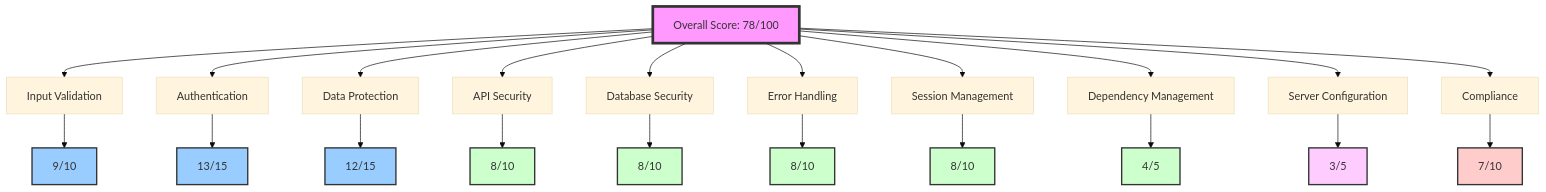
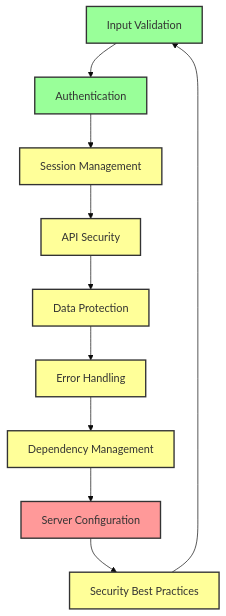
One commit to danbiocchi/oxidizedoasis-websands changed the fifth of 7 diagrams in docs/Security_Audit.md. Above: the diagram before and after it, drawn with Mermaid (base theme). The commit also changed other lines of this file, not shown here.

````diff
--- a/docs/Security_Audit.md
+++ b/docs/Security_Audit.md
@@ -121,36 +400,22 @@
 ```mermaid
 graph TD
-    A[Overall Score: 78/100] --> B[Input Validation]
-    A --> C[Authentication]
-    A --> D[Data Protection]
-    A --> E[API Security]
-    A --> F[Database Security]
-    A --> G[Error Handling]
-    A --> H[Session Management]
-    A --> I[Dependency Management]
-    A --> J[Server Configuration]
-    A --> K[Compliance]
+    A[Input Validation] --> B[Authentication]
+    B --> C[Session Management]
+    C --> D[API Security]
+    D --> E[Data Protection]
+    E --> F[Error Handling]
+    F --> G[Dependency Management]
+    G --> H[Server Configuration]
+    H --> I[Security Best Practices]
+    I --> A
     
-    B --> B1[9/10]
-    C --> C1[13/15]
-    D --> D1[12/15]
-    E --> E1[8/10]
-    F --> F1[8/10]
-    G --> G1[8/10]
-    H --> H1[8/10]
-    I --> I1[4/5]
-    J --> J1[3/5]
-    K --> K1[7/10]
-
-    style A fill:#f9f,stroke:#333,stroke-width:4px
-    style B1 fill:#9cf,stroke:#333,stroke-width:2px
-    style C1 fill:#9cf,stroke:#333,stroke-width:2px
-    style D1 fill:#9cf,stroke:#333,stroke-width:2px
-    style E1 fill:#cfc,stroke:#333,stroke-width:2px
-    style F1 fill:#cfc,stroke:#333,stroke-width:2px
-    style G1 fill:#cfc,stroke:#333,stroke-width:2px
-    style H1 fill:#cfc,stroke:#333,stroke-width:2px
-    style I1 fill:#cfc,stroke:#333,stroke-width:2px
-    style J1 fill:#fcf,stroke:#333,stroke-width:2px
-    style K1 fill:#fcc,stroke:#333,stroke-width:2px
+    style A fill:#9f9,stroke:#333,stroke-width:2px
+    style B fill:#9f9,stroke:#333,stroke-width:2px
+    style C fill:#ff9,stroke:#333,stroke-width:2px
+    style D fill:#ff9,stroke:#333,stroke-width:2px
+    style E fill:#ff9,stroke:#333,stroke-width:2px
+    style F fill:#ff9,stroke:#333,stroke-width:2px
+    style G fill:#ff9,stroke:#333,stroke-width:2px
+    style H fill:#f99,stroke:#333,stroke-width:2px
+    style I fill:#ff9,stroke:#333,stroke-width:2px
 ```
````
